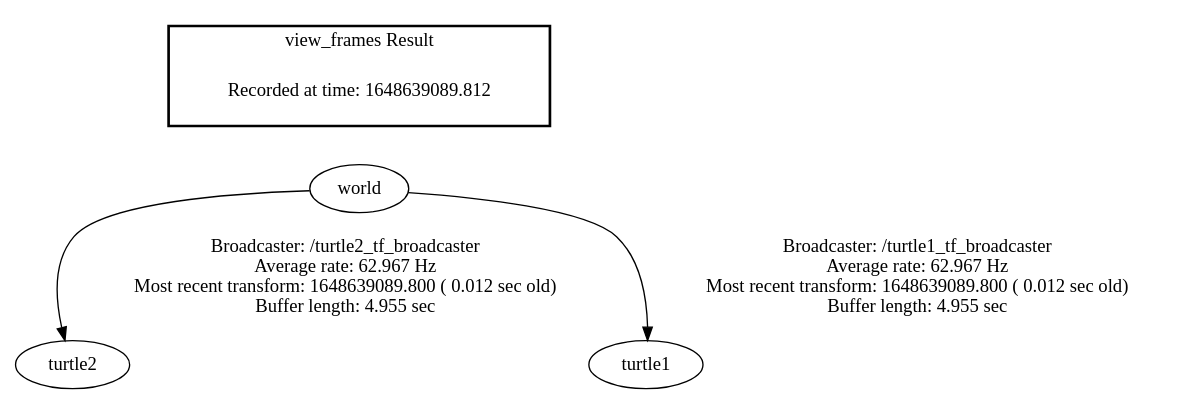
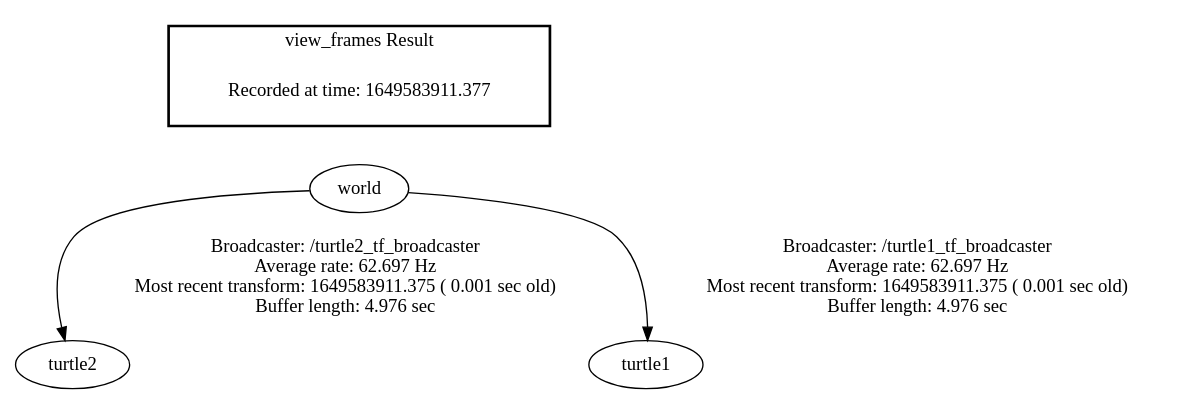
Before and after one commit to If-only1/learning: the diagram in frames.gv, drawn with Graphviz. The commit also changed 3 other files, not shown here.

```diff
--- a/frames.gv
+++ b/frames.gv
@@ -1,8 +1,8 @@
 digraph G {
-"world" -> "turtle2"[label="Broadcaster: /turtle2_tf_broadcaster\nAverage rate: 62.967 Hz\nMost recent transform: 1648639089.800 ( 0.012 sec old)\nBuffer length: 4.955 sec\n"];
-"world" -> "turtle1"[label="Broadcaster: /turtle1_tf_broadcaster\nAverage rate: 62.967 Hz\nMost recent transform: 1648639089.800 ( 0.012 sec old)\nBuffer length: 4.955 sec\n"];
+"world" -> "turtle2"[label="Broadcaster: /turtle2_tf_broadcaster\nAverage rate: 62.697 Hz\nMost recent transform: 1649583911.375 ( 0.001 sec old)\nBuffer length: 4.976 sec\n"];
+"world" -> "turtle1"[label="Broadcaster: /turtle1_tf_broadcaster\nAverage rate: 62.697 Hz\nMost recent transform: 1649583911.375 ( 0.001 sec old)\nBuffer length: 4.976 sec\n"];
 edge [style=invis];
  subgraph cluster_legend { style=bold; color=black; label ="view_frames Result";
-"Recorded at time: 1648639089.812"[ shape=plaintext ] ;
+"Recorded at time: 1649583911.377"[ shape=plaintext ] ;
  }->"world";
 }
```
